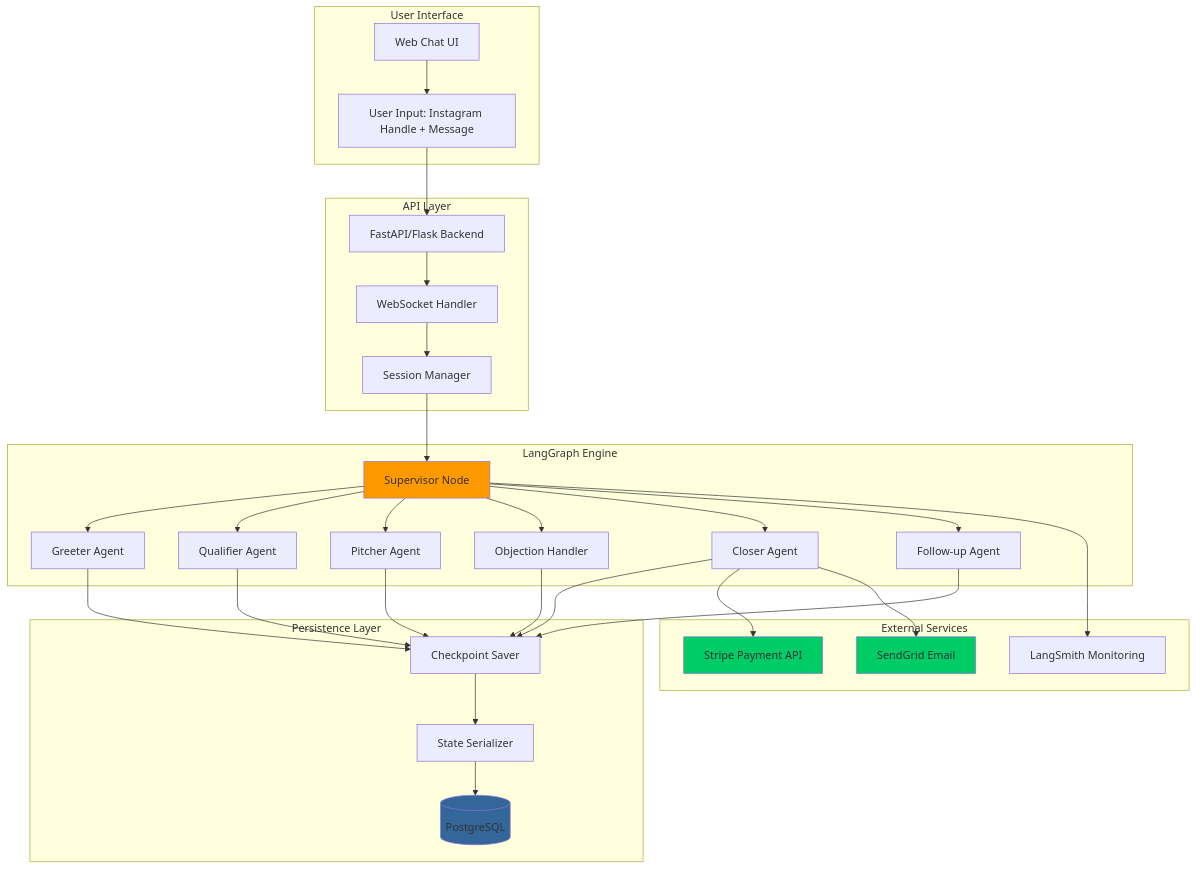
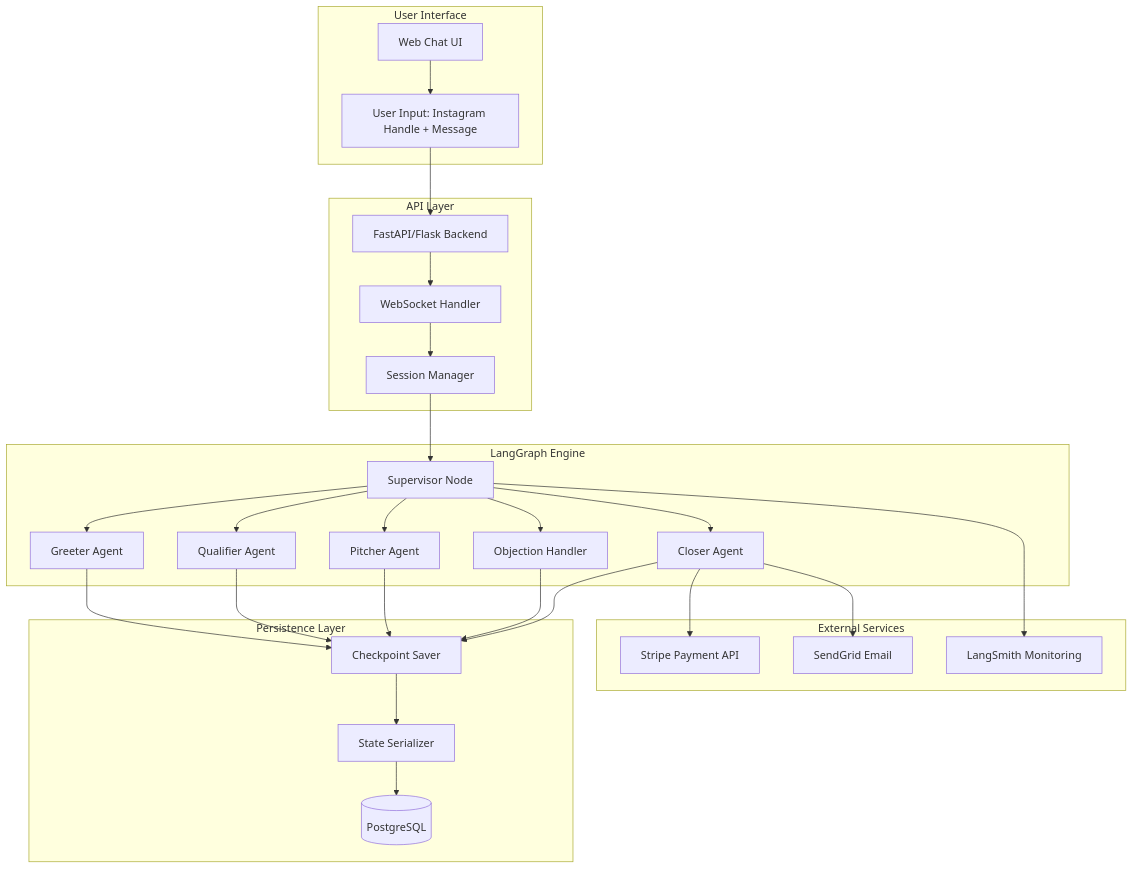
Before and after one commit to blockvoltcr7/langgraph-supervisors: the first of 23 diagrams in limitlessos/ARCHITECTURE_DIAGRAMS.md, drawn with Mermaid. The commit also changed other lines of this file and 17 other files, not shown here.

````diff
--- a/limitlessos/ARCHITECTURE_DIAGRAMS.md
+++ b/limitlessos/ARCHITECTURE_DIAGRAMS.md
@@ -21,68 +21,60 @@
 ```mermaid
 graph TB
     subgraph "User Interface"
         A[Web Chat UI]
         B[User Input: Instagram Handle + Message]
     end
     
     subgraph "API Layer"
         C[FastAPI/Flask Backend]
         D[WebSocket Handler]
         E[Session Manager]
     end
     
     subgraph "LangGraph Engine"
         F[Supervisor Node]
         G[Greeter Agent]
         H[Qualifier Agent]
         I[Pitcher Agent]
         J[Objection Handler]
         K[Closer Agent]
-        L[Follow-up Agent]
     end
     
     subgraph "Persistence Layer"
         M[(PostgreSQL)]
         N[Checkpoint Saver]
         O[State Serializer]
     end
     
     subgraph "External Services"
         P[Stripe Payment API]
         Q[SendGrid Email]
         R[LangSmith Monitoring]
     end
     
     A --> B
     B --> C
     C --> D
     D --> E
     E --> F
     
     F --> G
     F --> H
     F --> I
     F --> J
     F --> K
-    F --> L
     
     G --> N
     H --> N
     I --> N
     J --> N
     K --> N
-    L --> N
     
     N --> O
     O --> M
     
     K --> P
     K --> Q
     
     F --> R
-    
-    style F fill:#ff9900
-    style M fill:#336699
-    style P fill:#00cc66
-    style Q fill:#00cc66
 ```
````
